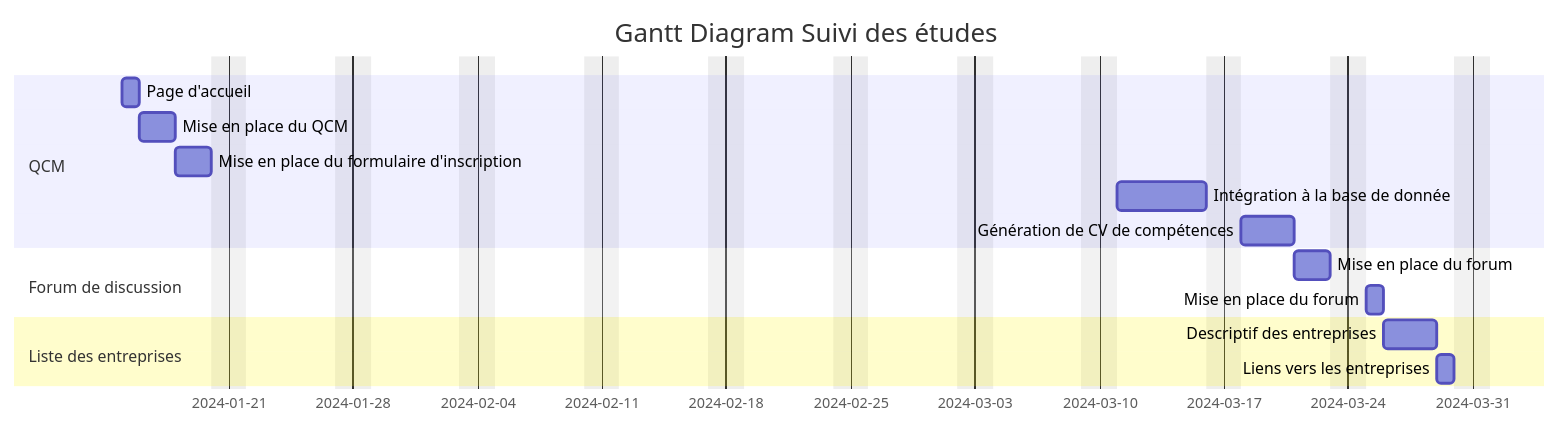
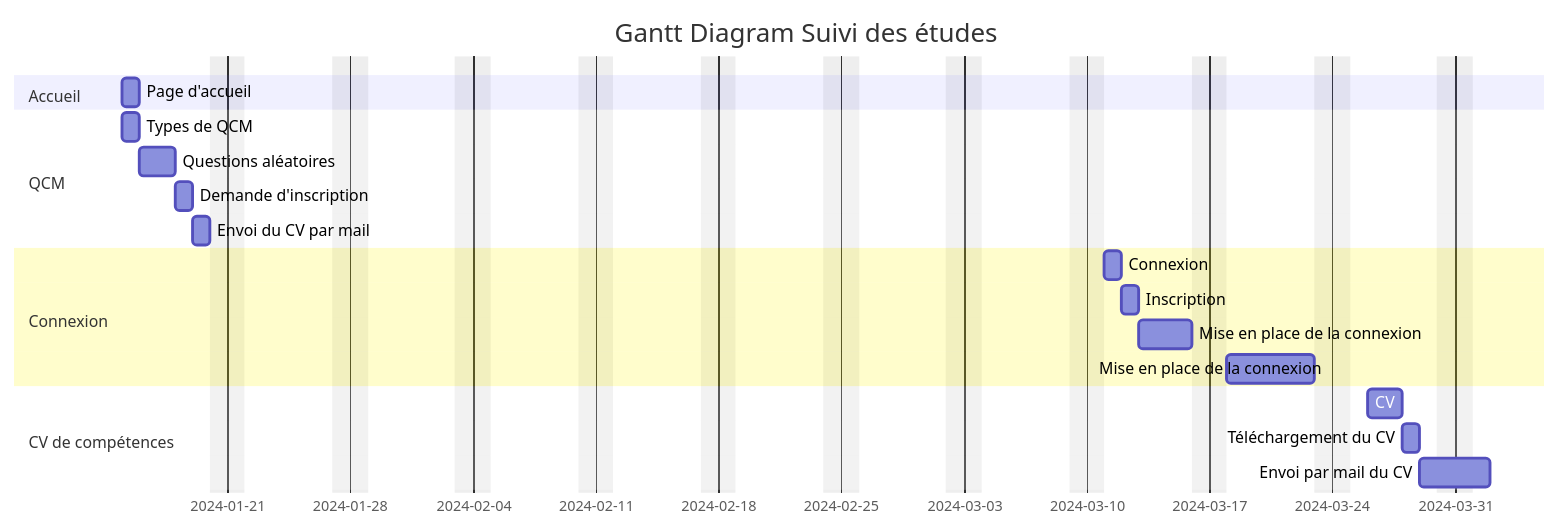
One commit to Arnaud-md/QCM_Orientation changed the first of 3 diagrams in Gantt_Diagram.md. Above: the diagram before and after it, drawn with Mermaid. The commit also changed other lines of this file, not shown here.

Commit message:
modification du diagramme de Gantt

````diff
--- a/Gantt_Diagram.md
+++ b/Gantt_Diagram.md
@@ -15,18 +15,22 @@
 ```mermaid
 gantt
     title Gantt Diagram Suivi des études
     dateFormat  YYYY-MM-DD
     excludes weekends
+    section Accueil
+    Page d'accueil           :a1, 2024-01-15, 1d
     section QCM
-    Page d'accueil           :a1, 2024-01-15, 1d
-    Mise en place du QCM     :after a1  , 2d
-    Mise en place du formulaire d'inscription : 2d
-    Intégration à la base de donnée : a2, 2024-03-11, 5d
-    Génération de CV de compétences : 3d
-    section Forum de discussion
-    Mise en place du forum      :a3, 2024-03-21  , 2d
-    Mise en place du forum      : 1d
-    section Liste des entreprises
-    Descriptif des entreprises      :a4, 2024-03-26 , 3d
-    Liens vers les entreprises      : 1d
+    Types de QCM     :b1, 2024-01-15, 1d
+    Questions aléatoires : 2d
+    Demande d'inscription : 1d
+    Envoi du CV par mail : 1d
+    section Connexion
+    Connexion      :a3, 2024-03-11  , 1d
+    Inscription      : 1d
+    Mise en place de la connexion: 3d
+    Mise en place de la connexion: 5d
+    section CV de compétences
+    CV      :a4, 2024-03-26 , 2d
+    Téléchargement du CV      : 1d
+    Envoi par mail du CV : 2d
 ```
````
